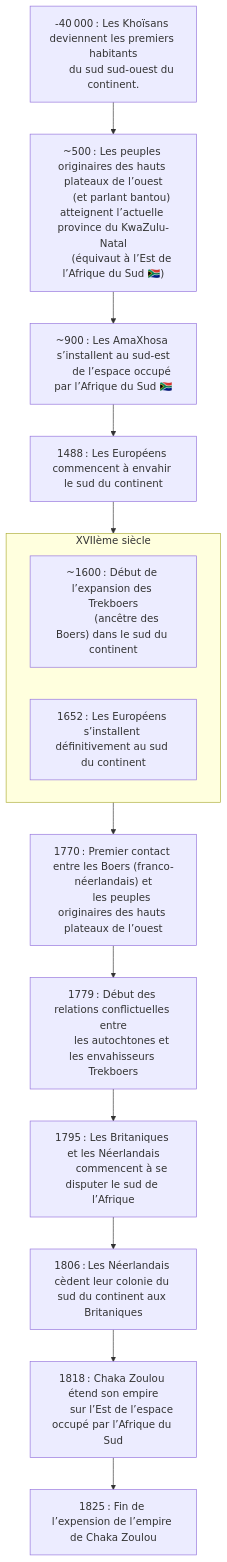
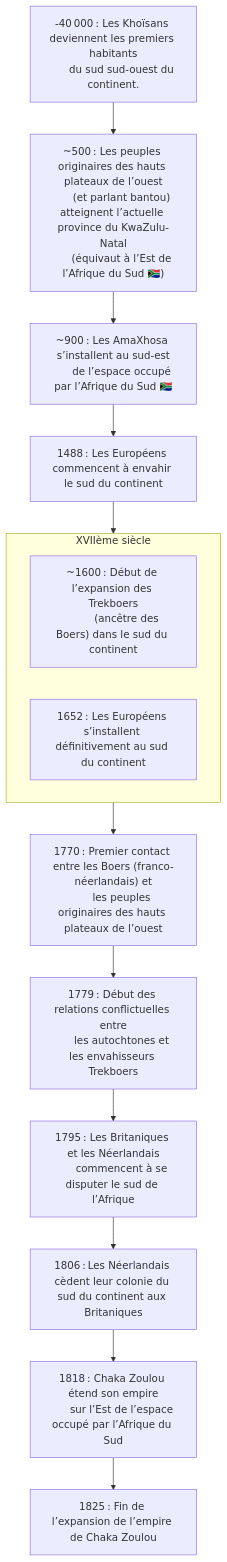
The diagram in en-cours/personnalite/homme/envahisseur/trekboers.md (ba-moun/Ba-Moun-Save), drawn with Mermaid before and after one commit. The commit also changed other lines of this file, not shown here.

Commit message:
docs: update en-cours/personnalite/homme/envahisseur/trekboers

````diff
--- a/en-cours/personnalite/homme/envahisseur/trekboers.md
+++ b/en-cours/personnalite/homme/envahisseur/trekboers.md
@@ -30,43 +30,43 @@
 ```mermaid
 flowchart TB
    khoisanArrive["-40 000 : Les Khoïsans deviennent les premiers habitants
       du sud sud-ouest du continent."]
    
    grassland["~500 : Les peuples originaires des hauts plateaux de l’ouest
       (et parlant bantou) atteignent l’actuelle province du KwaZulu-Natal
       (équivaut à l’Est de l’Afrique du Sud 🇿🇦)"]
    
    amaXhosa["~900 : Les AmaXhosa s’installent au sud-est
       de l’espace occupé par l’Afrique du Sud 🇿🇦"]
    
    europeanInvasion["1488 : Les Européens commencent à envahir le sud du continent"]
    
    subgraph 17thCentury["XVIIème siècle"]
       boersExpantion["~1600 : Début de l’expansion des Trekboers
          (ancêtre des Boers) dans le sud du continent"]
       
       europeanInvasionNextStep["1652 : Les Européens s’installent définitivement au sud du continent"]
    end
    
    boersArrive["1770 : Premier contact entre les Boers (franco-néerlandais) et
       les peuples originaires des hauts plateaux de l’ouest"]
    
    boersConflict["1779 : Début des relations conflictuelles entre
       les autochtones et les envahisseurs Trekboers"]
          
    europeanFightInSouthAfricaBegin["1795 : Les Britaniques et les Néerlandais
       commencent à se disputer le sud de l’Afrique"]
    
    europeanFightInSouthAfricaEnd["1806 : Les Néerlandais cèdent leur colonie du sud du continent aux Britaniques"]
    
    mfecaneBegin["1818 : Chaka Zoulou étend son empire
       sur l’Est de l’espace occupé par l’Afrique du Sud"]
                
-   mfecaneEnd["1825 : Fin de l’expension de l’empire de Chaka Zoulou"]
+   mfecaneEnd["1825 : Fin de l’expansion de l’empire de Chaka Zoulou"]
       
    khoisanArrive --> grassland --> amaXhosa -->
    europeanInvasion --> 17thCentury --> boersArrive -->
    boersConflict --> europeanFightInSouthAfricaBegin -->
    europeanFightInSouthAfricaEnd --> mfecaneBegin --> mfecaneEnd
    
 ```
````
